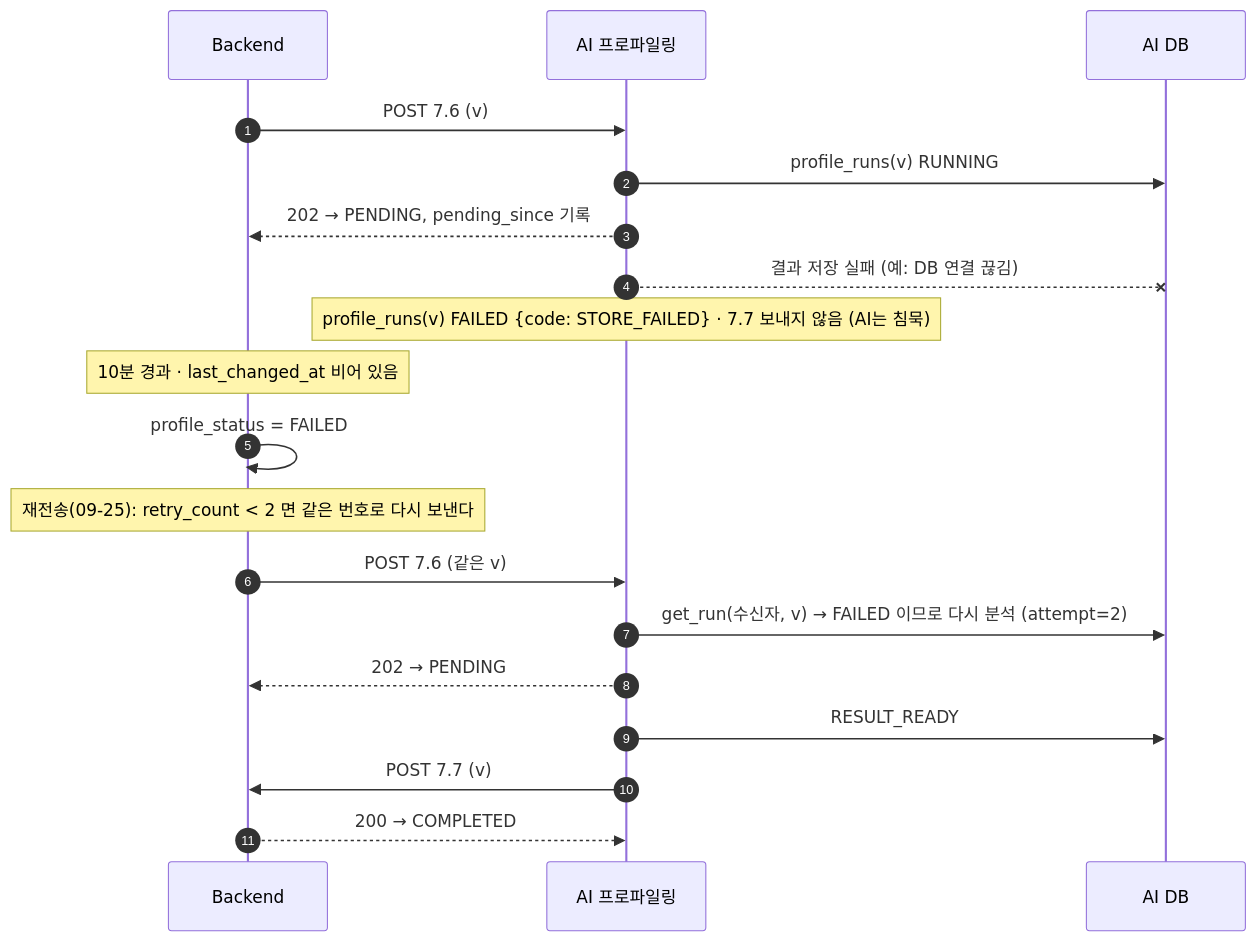
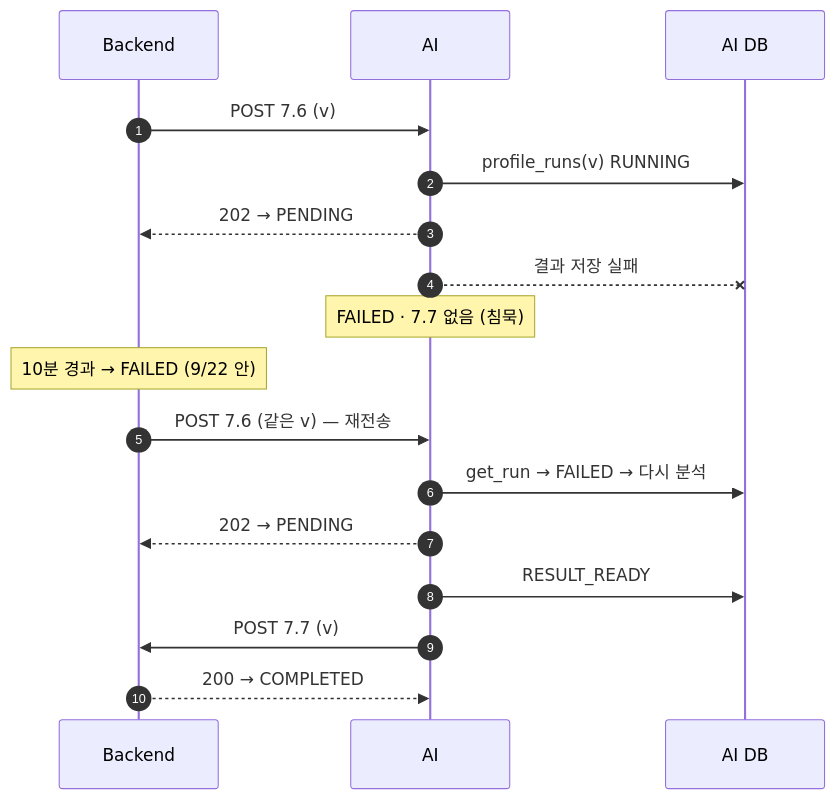
The fourth of 6 diagrams in profiling/docs/BE_연동_필드표_v1.md (100-hours-a-week/KTB4-12th-AI), drawn with Mermaid before and after one commit. The commit also changed other lines of this file and 70 other files, not shown here.

````diff
--- a/profiling/docs/BE_연동_필드표_v1.md
+++ b/profiling/docs/BE_연동_필드표_v1.md
@@ -369,21 +366,19 @@
 ```mermaid
 sequenceDiagram
   autonumber
   participant BE as Backend
-  participant AI as AI 프로파일링
+  participant AI as AI
   participant DB as AI DB
   BE->>AI: POST 7.6 (v)
   AI->>DB: profile_runs(v) RUNNING
-  AI-->>BE: 202 → PENDING, pending_since 기록
-  AI--xDB: 결과 저장 실패 (예: DB 연결 끊김)
-  Note over AI: profile_runs(v) FAILED {code: STORE_FAILED} · 7.7 보내지 않음 (AI는 침묵)
-  Note over BE: 10분 경과 · last_changed_at 비어 있음
-  BE->>BE: profile_status = FAILED
-  Note over BE: 재전송(09-25): retry_count < 2 면 같은 번호로 다시 보낸다
-  BE->>AI: POST 7.6 (같은 v)
-  AI->>DB: get_run(수신자, v) → FAILED 이므로 다시 분석 (attempt=2)
+  AI-->>BE: 202 → PENDING
+  AI--xDB: 결과 저장 실패
+  Note over AI: FAILED · 7.7 없음 (침묵)
+  Note over BE: 10분 경과 → FAILED (9/22 안)
+  BE->>AI: POST 7.6 (같은 v) — 재전송
+  AI->>DB: get_run → FAILED → 다시 분석
   AI-->>BE: 202 → PENDING
   AI->>DB: RESULT_READY
   AI->>BE: POST 7.7 (v)
   BE-->>AI: 200 → COMPLETED
 ```
````
